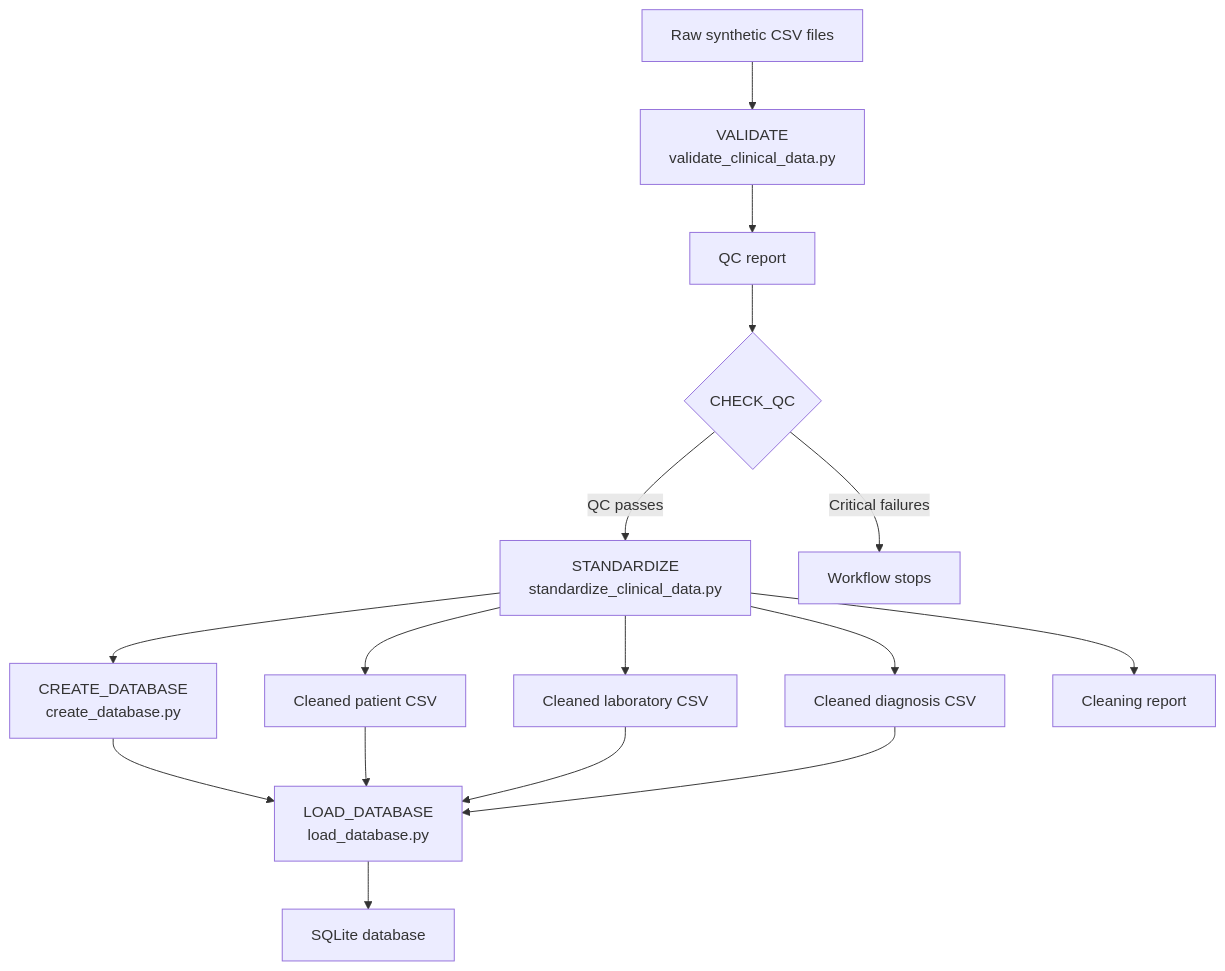
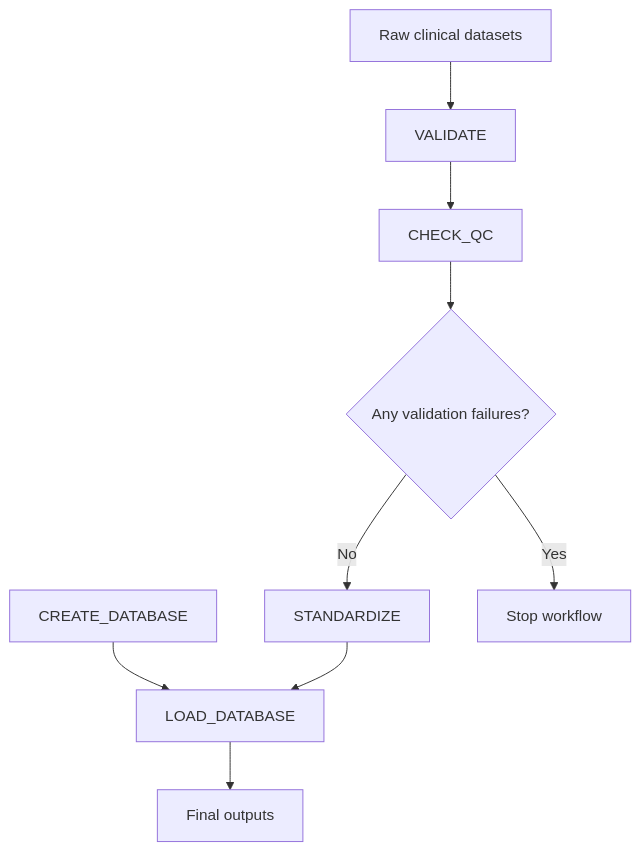
The first of 2 diagrams in docs/architecture.md (kashupp/ClinicalFlow), drawn with Mermaid before and after one commit. The commit also changed other lines of this file and 5 other files, not shown here.

````diff
--- a/docs/architecture.md
+++ b/docs/architecture.md
@@ -9,32 +16,20 @@
 ```mermaid
 flowchart TD
-    A["Raw synthetic CSV files"]
-    B["VALIDATE<br/>validate_clinical_data.py"]
-    C["QC report"]
-    D{"CHECK_QC"}
-    E["STANDARDIZE<br/>standardize_clinical_data.py"]
-    F["CREATE_DATABASE<br/>create_database.py"]
-    G["LOAD_DATABASE<br/>load_database.py"]
-    H["Cleaned patient CSV"]
-    I["Cleaned laboratory CSV"]
-    J["Cleaned diagnosis CSV"]
-    K["Cleaning report"]
-    L["SQLite database"]
-    M["Workflow stops"]
+    A["Raw clinical datasets"]
+    B["VALIDATE"]
+    C["CHECK_QC"]
+    D{"Any validation failures?"}
+    E["STANDARDIZE"]
+    F["CREATE_DATABASE"]
+    G["LOAD_DATABASE"]
+    H["Final outputs"]
 
     A --> B
     B --> C
     C --> D
-    D -->|QC passes| E
-    D -->|Critical failures| M
-    E --> H
-    E --> I
-    E --> J
-    E --> K
-    E --> F
+    D -->|Yes| X["Stop workflow"]
+    D -->|No| E
     F --> G
-    H --> G
-    I --> G
-    J --> G
-    G --> L
+    E --> G
+    G --> H
 ```
````
